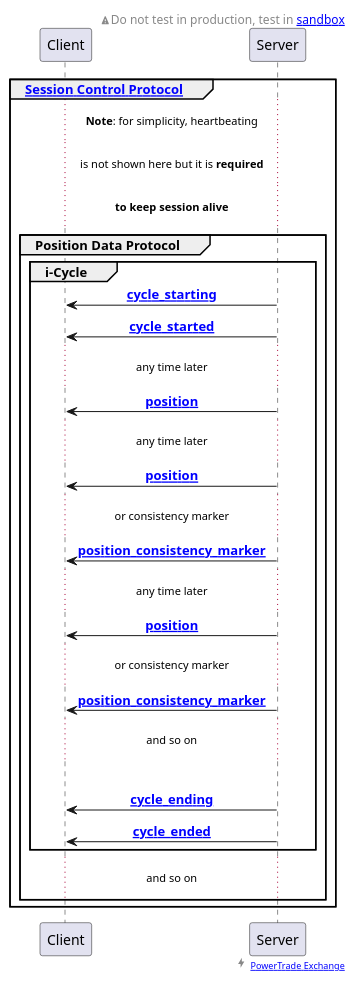
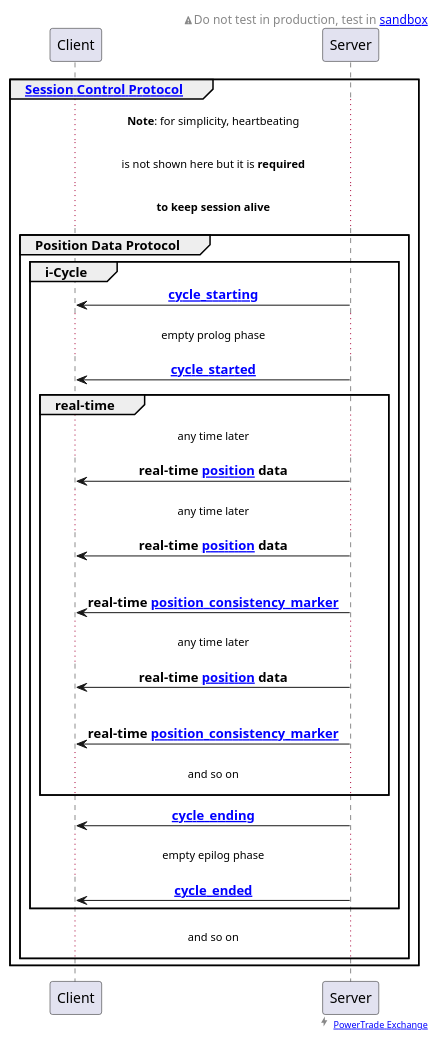
Before and after one commit to Power-Trade/api-docs: the diagram in protocols/puml/position_data_protocol.puml, drawn with PlantUML. The commit also changed 3 other files, not shown here.

Commit message:
improve diagram of Position Data Protocol

```diff
--- a/protocols/puml/position_data_protocol.puml
+++ b/protocols/puml/position_data_protocol.puml
@@ -1,59 +1,62 @@
 @startuml position_data_protocol
 
 ' to support time duration and delays:
 '!pragma teoz true
 
 'skinparam handwritten true
 'skinparam shadowing false
 
 'skinparam monochrome true
 skinparam sequenceMessageAlign center
 
 'skinparam title {
 '    BorderRoundCorner 5
 '    BorderThickness 1
 '    BorderColor black
 '    BackgroundColor WhiteSmoke
 '}
 
     '<font color=black>Warning:</font>
 right header
     <size:12><&warning>Do not test in production, test in [[#WS_API_Services_Sandbox sandbox]]</size>
 endheader
 
 right footer <size:15><&bolt></size> <size:9>[[https://power.trade PowerTrade Exchange]]</size>
 
 'entity Client
 'entity Server
 
 group <b>[[#session_control_with_auth Session Control Protocol]]</b>
 
     ... <b>Note</b>: for simplicity, heartbeating ...
     ... is not shown here but it is <b>required</b> ...
     ... <b>to keep session alive</b> ...
 
     group <b>Position Data Protocol</b>
 
         group i-Cycle
             Client <- Server : <b>[[#cycle_starting cycle_starting]]</b>
+            ... empty prolog phase ...
             Client <- Server : <b>[[#cycle_started cycle_started]]</b>
-            ... any time later ...
-            Client <- Server : <b>[[#position position]]</b>
-            ... any time later ...
-            Client <- Server : <b>[[#position position]]</b>
-            ... or consistency marker ...
-            Client <- Server : <b>[[#position_consistency_marker position_consistency_marker]]</b>
-            ... any time later ...
-            Client <- Server : <b>[[#position position]]</b>
-            ... or consistency marker ...
-            Client <- Server : <b>[[#position_consistency_marker position_consistency_marker]]</b>
-            ... and so on ...
-            |||
+            group real-time
+                ... any time later ...
+                Client <- Server : <b>real-time [[#position position]] data</b>
+                ... any time later ...
+                Client <- Server : <b>real-time [[#position position]] data</b>
+                |||
+                Client <- Server : <b>real-time [[#position_consistency_marker position_consistency_marker]]</b>
+                ... any time later ...
+                Client <- Server : <b>real-time [[#position position]] data</b>
+                |||
+                Client <- Server : <b>real-time [[#position_consistency_marker position_consistency_marker]]</b>
+                ... and so on ...
+            end
             Client <- Server : <b>[[#cycle_ending cycle_ending]]</b>
+            ... empty epilog phase ...
             Client <- Server : <b>[[#cycle_ended cycle_ended]]</b>
         end
         ... and so on ...
     end
 end
 
 @enduml
```
